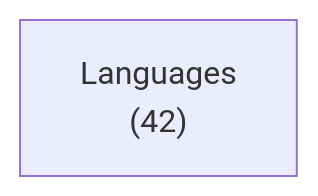
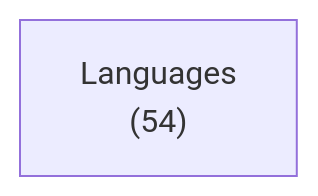
One commit to ruudkoot/rune changed the first of 2 diagrams in docs/lib/language/haskell/depends.md. Above: the diagram before and after it, drawn with Mermaid. The commit also changed other lines of this file and 90 other files, not shown here.

````diff
--- a/docs/lib/language/haskell/depends.md
+++ b/docs/lib/language/haskell/depends.md
@@ -24,4 +24,4 @@
 ```mermaid
 flowchart LR
-  a0["Languages<br>(42)"]
+  a0["Languages<br>(54)"]
 ```
````
